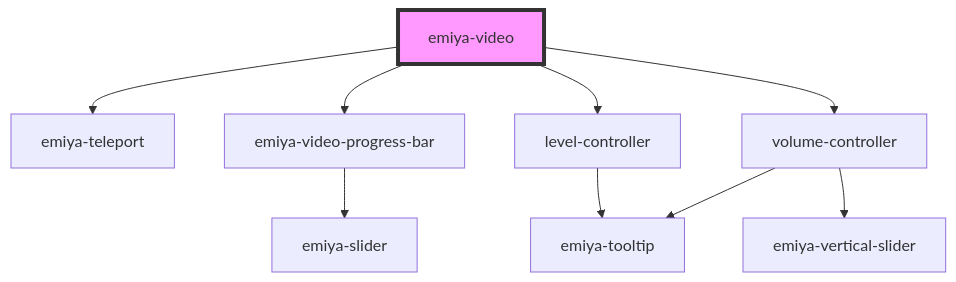
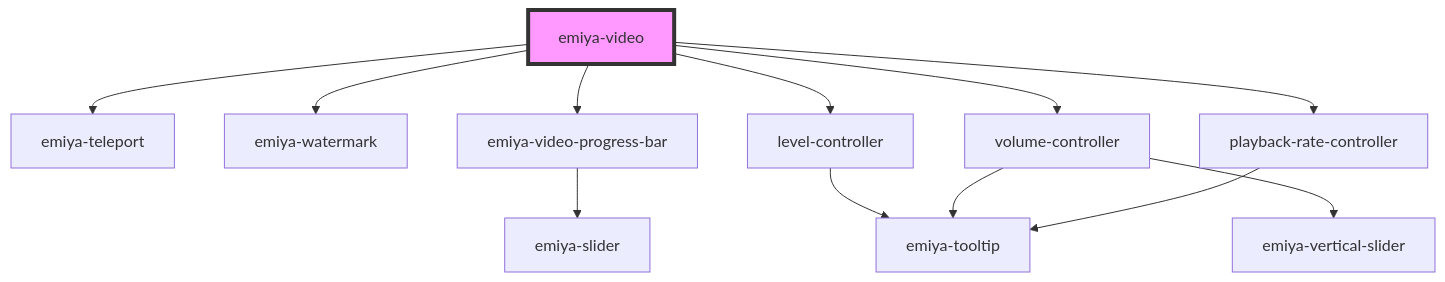
One commit to emiyalee1005/emiya-video changed the diagram in src/components/emiya-video/readme.md. Above: the diagram before and after it, drawn with Mermaid. The commit also changed other lines of this file and 5 other files, not shown here.

````diff
--- a/src/components/emiya-video/readme.md
+++ b/src/components/emiya-video/readme.md
@@ -25,12 +27,15 @@
 ```mermaid
 graph TD;
   emiya-video --> emiya-teleport
+  emiya-video --> emiya-watermark
   emiya-video --> emiya-video-progress-bar
   emiya-video --> level-controller
   emiya-video --> volume-controller
+  emiya-video --> playback-rate-controller
   emiya-video-progress-bar --> emiya-slider
   level-controller --> emiya-tooltip
   volume-controller --> emiya-tooltip
   volume-controller --> emiya-vertical-slider
+  playback-rate-controller --> emiya-tooltip
   style emiya-video fill:#f9f,stroke:#333,stroke-width:4px
 ```
````
